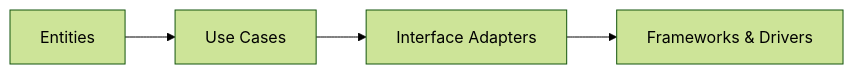
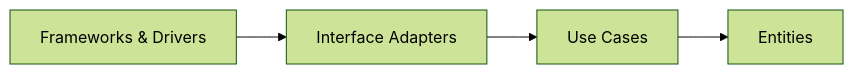
One commit to AndresTaoFlorez/software-architecture changed the first of 5 diagrams in clean-architecture/1-the-dependency-rule.md. Above: the diagram before and after it, drawn with Mermaid (forest theme). The commit also changed other lines of this file and 13 other files, not shown here.

````diff
--- a/clean-architecture/1-the-dependency-rule.md
+++ b/clean-architecture/1-the-dependency-rule.md
@@ -13,10 +16,10 @@
 ```mermaid
 flowchart LR
     N0["Entities"]
     N1["Use Cases"]
-    N0 --> N1
+    N1 --> N0
     N2["Interface Adapters"]
-    N1 --> N2
+    N2 --> N1
     N3["Frameworks & Drivers"]
-    N2 --> N3
+    N3 --> N2
 ```
````
